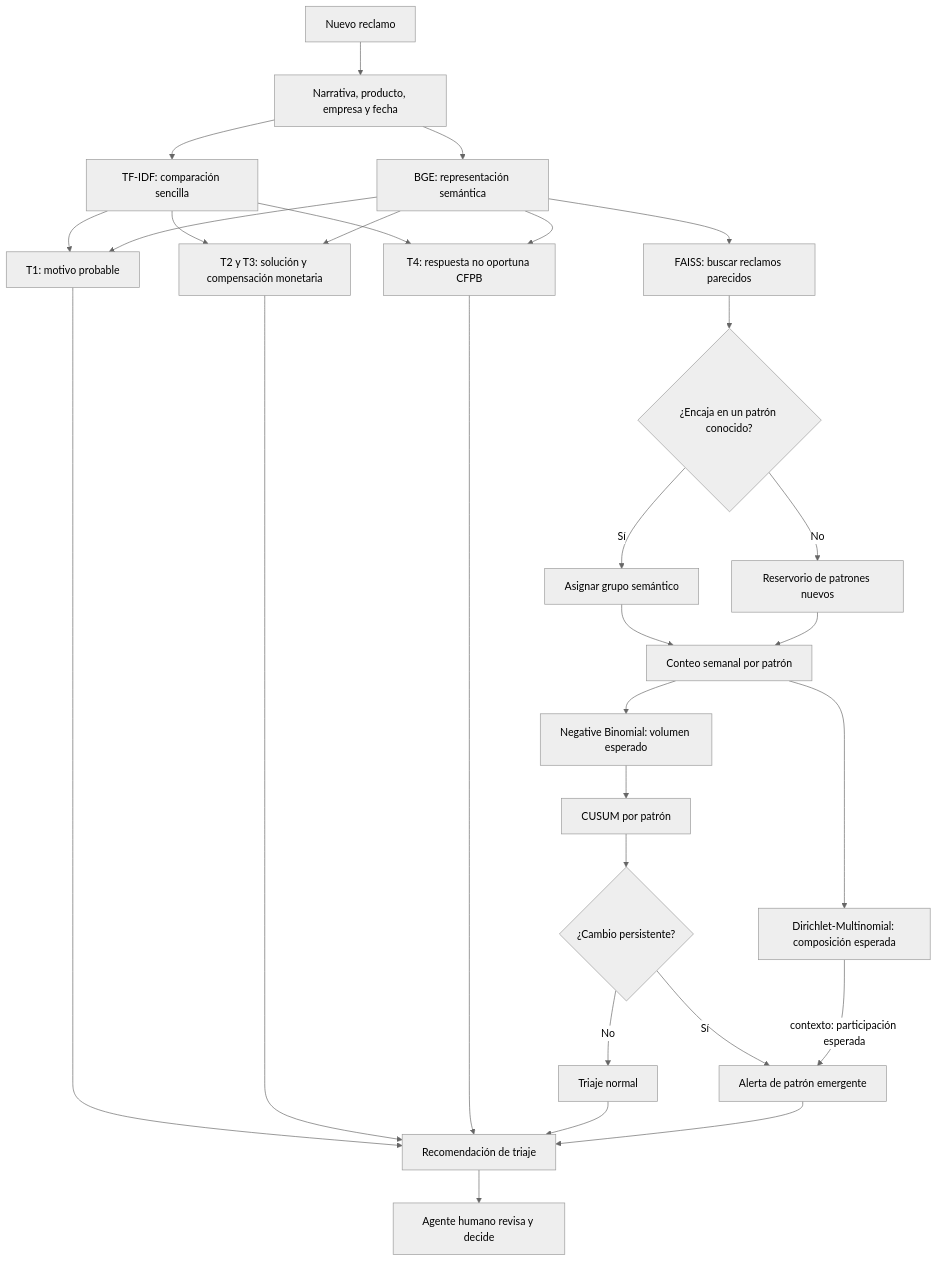
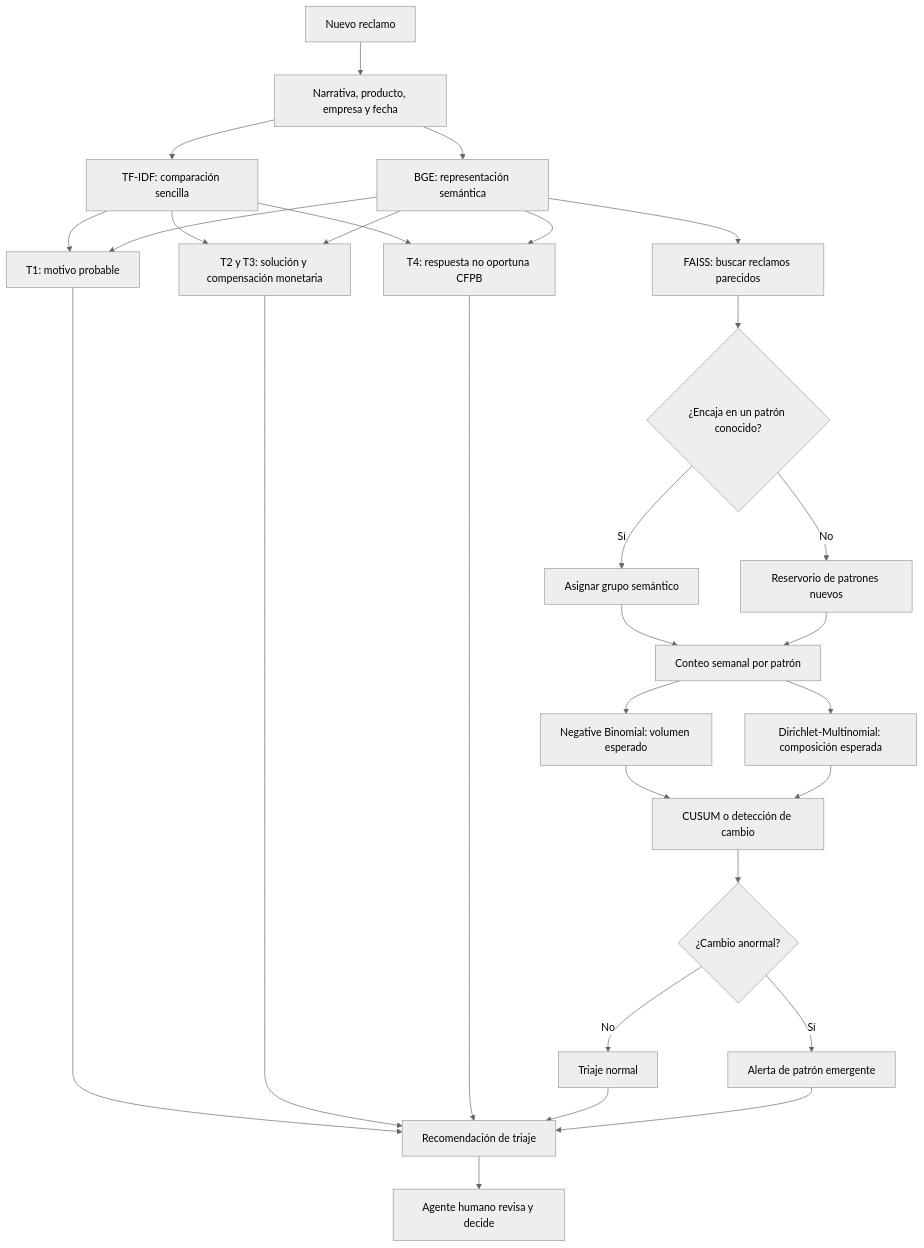
Before and after one commit to Codenid/capstone-claims-triage: the diagram in docs/modelos.md, drawn with Mermaid (neutral theme). The commit also changed other lines of this file and 37 other files, not shown here.

````diff
--- a/docs/modelos.md
+++ b/docs/modelos.md
@@ -57,39 +57,39 @@
 ```mermaid
 flowchart TD
     A[Nuevo reclamo] --> B[Narrativa, producto, empresa y fecha]
 
     B --> C0[TF-IDF: comparación sencilla]
     B --> C1[BGE: representación semántica]
 
     C0 --> D[T1: motivo probable]
     C1 --> D
     C0 --> E[T2 y T3: solución y compensación monetaria]
     C1 --> E
     C0 --> F[T4: respuesta no oportuna CFPB]
     C1 --> F
 
     C1 --> G[FAISS: buscar reclamos parecidos]
     G --> H{¿Encaja en un patrón conocido?}
     H -->|Sí| I[Asignar grupo semántico]
     H -->|No| J[Reservorio de patrones nuevos]
 
     I --> K[Conteo semanal por patrón]
     J --> K
 
     K --> L[Negative Binomial: volumen esperado]
     K --> M[Dirichlet-Multinomial: composición esperada]
-    L --> N[CUSUM por patrón]
+    L --> N[CUSUM o detección de cambio]
+    M --> N
 
-    N --> O{¿Cambio persistente?}
+    N --> O{¿Cambio anormal?}
     O -->|No| P[Triaje normal]
     O -->|Sí| Q[Alerta de patrón emergente]
-    M -->|contexto: participación esperada| Q
 
     D --> R[Recomendación de triaje]
     E --> R
     F --> R
     P --> R
     Q --> R
 
     R --> S[Agente humano revisa y decide]
 ```
````
